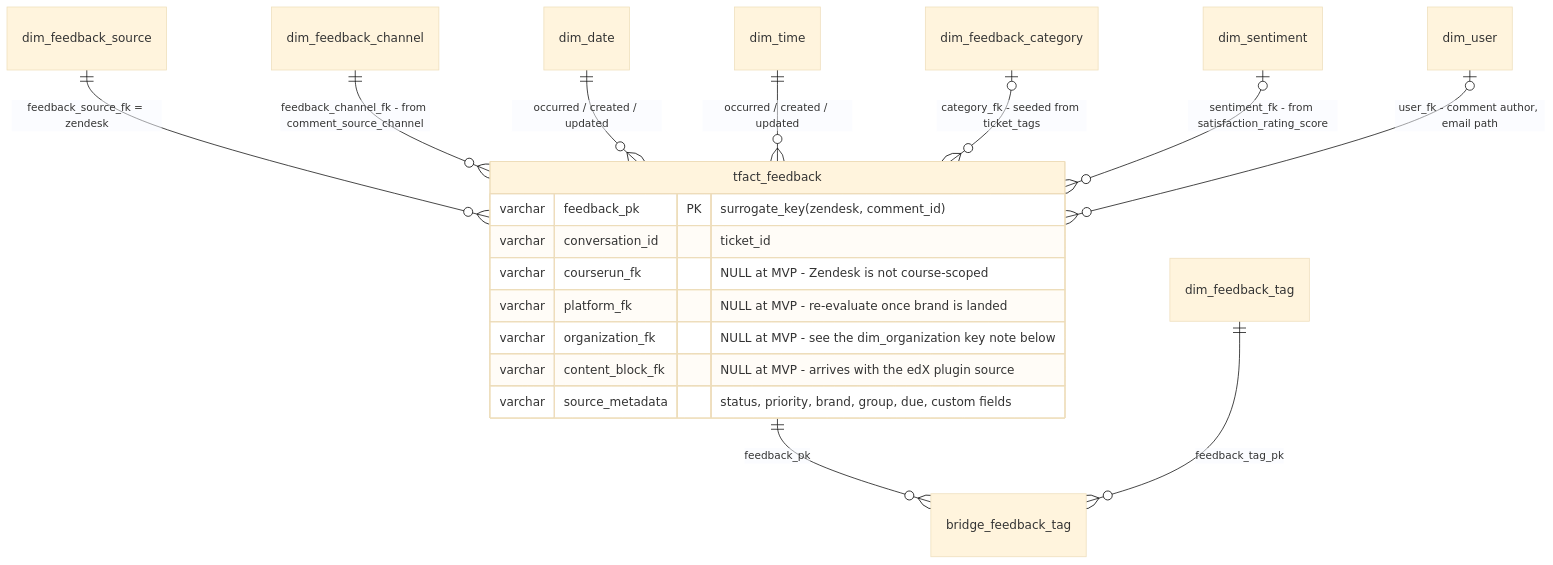
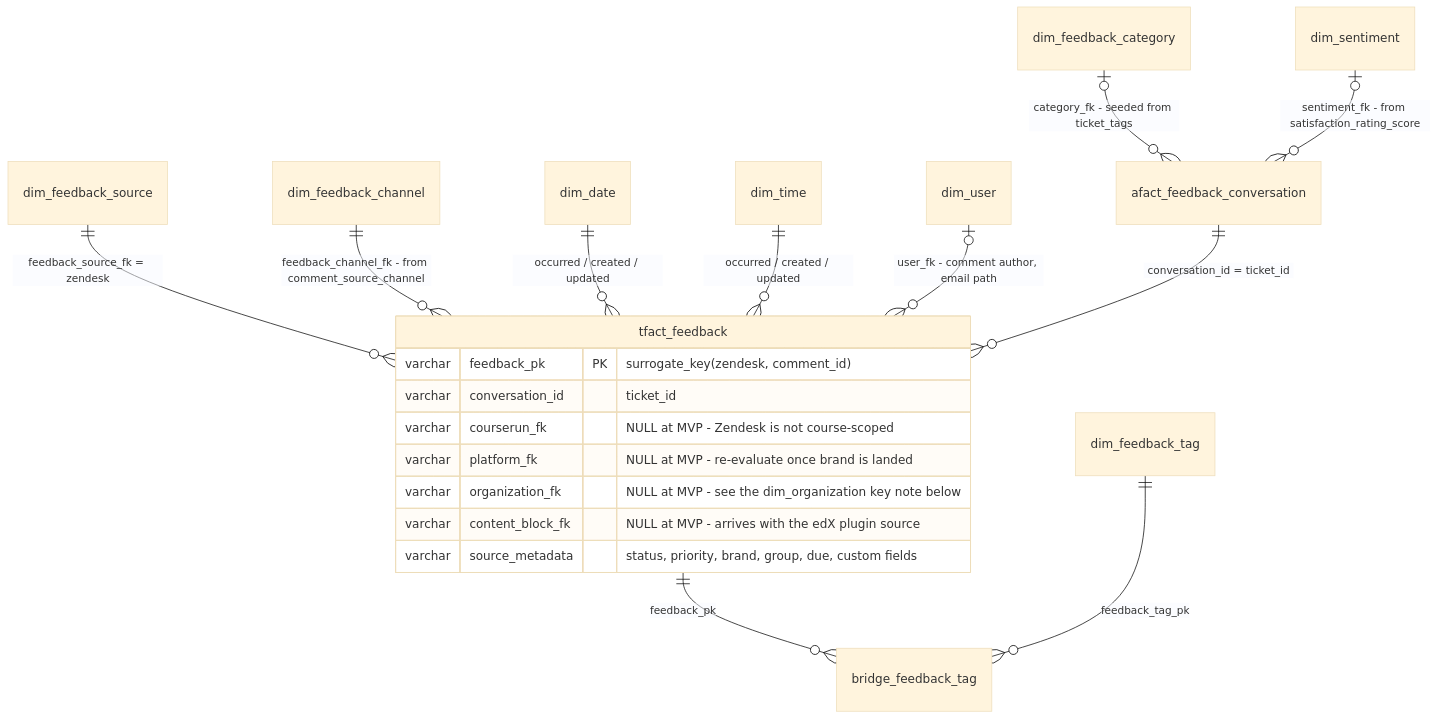
Before and after one commit to mitodl/ol-data-platform: the fifth of 6 diagrams in docs/design/feedback_erd.md, drawn with Mermaid (base theme). The commit also changed other lines of this file and 7 other files, not shown here.

````diff
--- a/docs/design/feedback_erd.md
+++ b/docs/design/feedback_erd.md
@@ -353,22 +386,23 @@
 ```mermaid
 erDiagram
     dim_feedback_source   ||--o{ tfact_feedback : "feedback_source_fk = zendesk"
     dim_feedback_channel  ||--o{ tfact_feedback : "feedback_channel_fk - from comment_source_channel"
     dim_date              ||--o{ tfact_feedback : "occurred / created / updated"
     dim_time              ||--o{ tfact_feedback : "occurred / created / updated"
-    dim_feedback_category |o--o{ tfact_feedback : "category_fk - seeded from ticket_tags"
-    dim_sentiment         |o--o{ tfact_feedback : "sentiment_fk - from satisfaction_rating_score"
     dim_user              |o--o{ tfact_feedback : "user_fk - comment author, email path"
     tfact_feedback        ||--o{ bridge_feedback_tag : "feedback_pk"
     dim_feedback_tag      ||--o{ bridge_feedback_tag : "feedback_tag_pk"
+    afact_feedback_conversation ||--o{ tfact_feedback : "conversation_id = ticket_id"
+    dim_feedback_category |o--o{ afact_feedback_conversation : "category_fk - seeded from ticket_tags"
+    dim_sentiment         |o--o{ afact_feedback_conversation : "sentiment_fk - from satisfaction_rating_score"
 
     tfact_feedback {
         varchar feedback_pk PK "surrogate_key(zendesk, comment_id)"
         varchar conversation_id "ticket_id"
         varchar courserun_fk "NULL at MVP - Zendesk is not course-scoped"
         varchar platform_fk "NULL at MVP - re-evaluate once brand is landed"
         varchar organization_fk "NULL at MVP - see the dim_organization key note below"
         varchar content_block_fk "NULL at MVP - arrives with the edX plugin source"
         varchar source_metadata "status, priority, brand, group, due, custom fields"
     }
 ```
````
